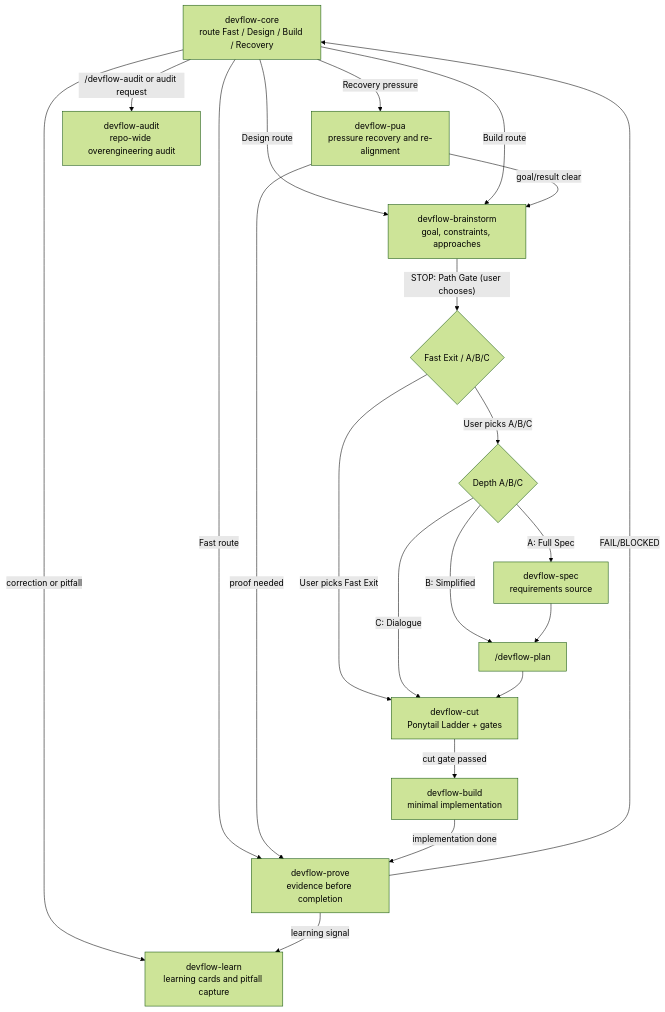
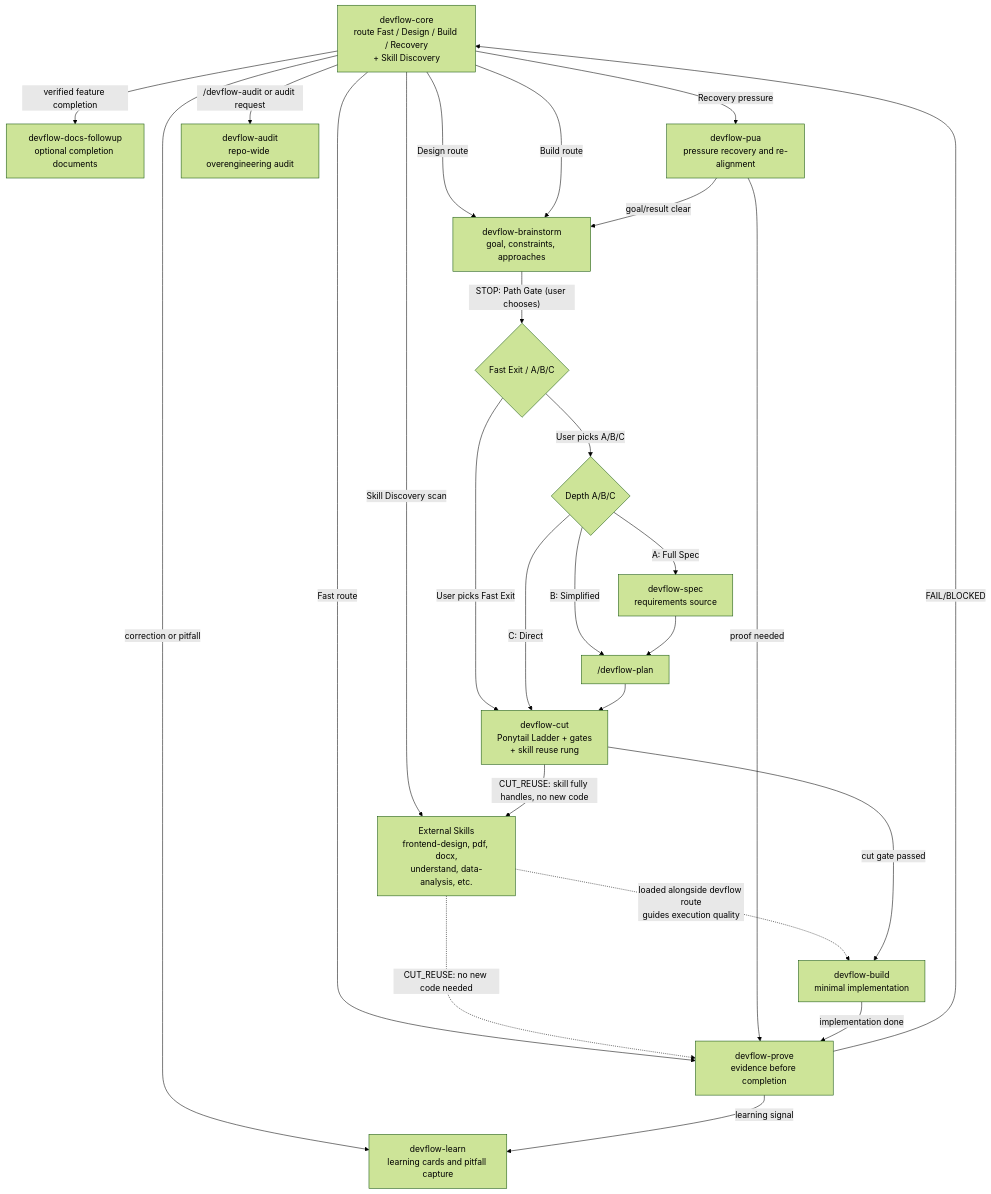
One commit to huangwen-changdu/DevFlow-Core changed the diagram in skills/skill-call-diagram.md. Above: the diagram before and after it, drawn with Mermaid (forest theme). The commit also changed other lines of this file and 53 other files, not shown here.

````diff
--- a/skills/skill-call-diagram.md
+++ b/skills/skill-call-diagram.md
@@ -3,33 +3,40 @@
 ```mermaid
 graph TD
-    CORE["devflow-core<br/>route Fast / Design / Build / Recovery"]
+    CORE["devflow-core<br/>route Fast / Design / Build / Recovery<br/>+ Skill Discovery"]
     BRAIN["devflow-brainstorm<br/>goal, constraints, approaches"]
     SPEC["devflow-spec<br/>requirements source"]
-    CUT["devflow-cut<br/>Ponytail Ladder + gates"]
+    CUT["devflow-cut<br/>Ponytail Ladder + gates<br/>+ skill reuse rung"]
     BUILD["devflow-build<br/>minimal implementation"]
     PROVE["devflow-prove<br/>evidence before completion"]
+    DOCS["devflow-docs-followup<br/>optional completion documents"]
     PUA["devflow-pua<br/>pressure recovery and re-alignment"]
     LEARN["devflow-learn<br/>learning cards and pitfall capture"]
     AUDIT["devflow-audit<br/>repo-wide overengineering audit"]
+    EXT["External Skills<br/>frontend-design, pdf, docx,<br/>understand, data-analysis, etc."]
 
     CORE -->|"Design route"| BRAIN
     CORE -->|"Build route"| BRAIN
     CORE -->|"Fast route"| PROVE
+    CORE -->|"verified feature completion"| DOCS
     CORE -->|"Recovery pressure"| PUA
     CORE -->|"/devflow-audit or audit request"| AUDIT
+    CORE -->|"Skill Discovery scan"| EXT
+    EXT -.->|"loaded alongside devflow route<br/>guides execution quality"| BUILD
+    EXT -.->|"CUT_REUSE: no new code needed"| PROVE
     PUA -->|"goal/result clear"| BRAIN
     PUA -->|"proof needed"| PROVE
     BRAIN -->|"STOP: Path Gate (user chooses)"| PATH{"Fast Exit / A/B/C"}
     PATH -->|"User picks Fast Exit"| CUT
     PATH -->|"User picks A/B/C"| DEPTH{"Depth A/B/C"}
     DEPTH -->|"A: Full Spec"| SPEC
     DEPTH -->|"B: Simplified"| PLAN["/devflow-plan"]
-    DEPTH -->|"C: Dialogue"| CUT
+    DEPTH -->|"C: Direct"| CUT
     SPEC --> PLAN
     PLAN --> CUT
     CUT -->|"cut gate passed"| BUILD
+    CUT -->|"CUT_REUSE: skill fully handles, no new code"| EXT
     BUILD -->|"implementation done"| PROVE
     PROVE -->|"FAIL/BLOCKED"| CORE
     CORE -->|"correction or pitfall"| LEARN
     PROVE -->|"learning signal"| LEARN
 ```
````
